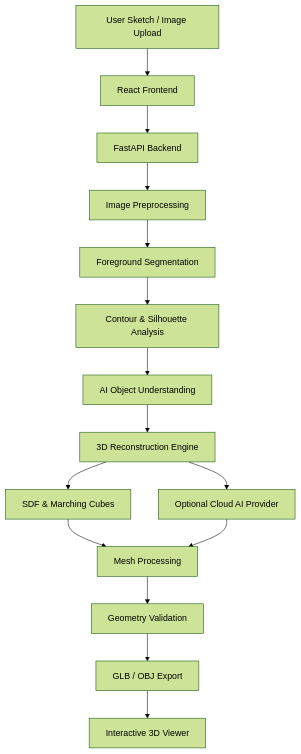
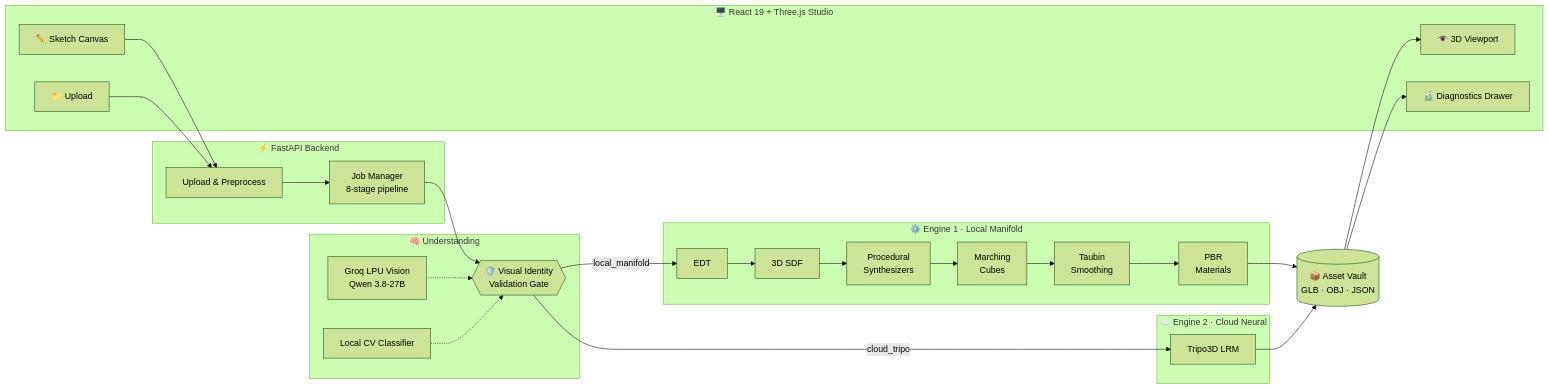
Before and after one commit to Gopal-star2005/MLHackathon: the diagram in README.md, drawn with Mermaid (forest theme). The commit also changed other lines of this file, not shown here.

````diff
--- a/README.md
+++ b/README.md
@@ -139,17 +137,37 @@
 ```mermaid
-flowchart TD
-    A["User Sketch / Image Upload"] --> B["React Frontend"]
-    B --> C["FastAPI Backend"]
-    C --> D["Image Preprocessing"]
-    D --> E["Foreground Segmentation"]
-    E --> F["Contour & Silhouette Analysis"]
-    F --> G["AI Object Understanding"]
-    G --> H["3D Reconstruction Engine"]
-    H --> I["SDF & Marching Cubes"]
-    H --> J["Optional Cloud AI Provider"]
-    I --> K["Mesh Processing"]
-    J --> K
-    K --> L["Geometry Validation"]
-    L --> M["GLB / OBJ Export"]
-    M --> N["Interactive 3D Viewer"]
+flowchart LR
+    subgraph UI["🖥️ React 19 + Three.js Studio"]
+        A1["✏️ Sketch Canvas"]
+        A2["📁 Upload"]
+        A3["👁️ 3D Viewport"]
+        A4["🔬 Diagnostics Drawer"]
+    end
+
+    subgraph API["⚡ FastAPI Backend"]
+        B1["Upload & Preprocess"]
+        B2["Job Manager<br/>8-stage pipeline"]
+    end
+
+    subgraph CV["🧠 Understanding"]
+        C1["Groq LPU Vision<br/>Qwen 3.8-27B"]
+        C2["Local CV Classifier"]
+        C3{{"🛡️ Visual Identity<br/>Validation Gate"}}
+    end
+
+    subgraph E1["⚙️ Engine 1 · Local Manifold"]
+        D1["EDT"] --> D2["3D SDF"] --> D3["Procedural<br/>Synthesizers"] --> D4["Marching<br/>Cubes"] --> D5["Taubin<br/>Smoothing"] --> D6["PBR<br/>Materials"]
+    end
+
+    subgraph E2["☁️ Engine 2 · Cloud Neural"]
+        F1["Tripo3D LRM"]
+    end
+
+    A1 & A2 --> B1 --> B2 --> C3
+    C1 -.-> C3
+    C2 -.-> C3
+    C3 -->|local_manifold| D1
+    C3 -->|cloud_tripo| F1
+    D6 --> G[("📦 Asset Vault<br/>GLB · OBJ · JSON")]
+    F1 --> G
+    G --> A3 & A4
 ```
````
